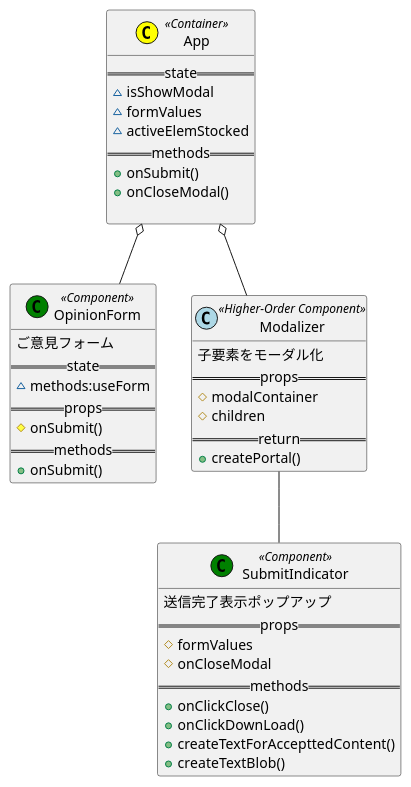
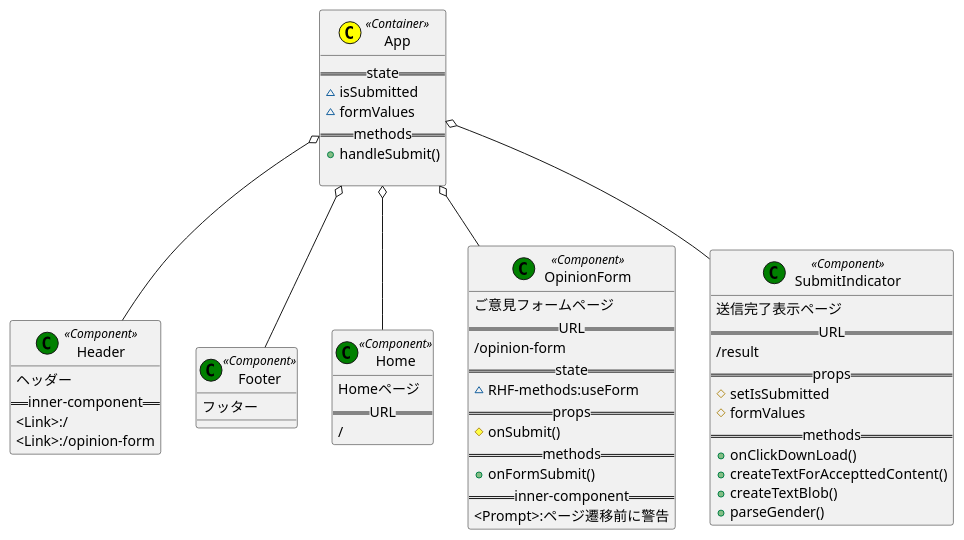
Before and after one commit to dede-20191130/send-contact-form-react-router: the diagram in docs/class/class.pu, drawn with PlantUML. The commit also changed 12 other files, not shown here.

```diff
--- a/docs/class/class.pu
+++ b/docs/class/class.pu
@@ -1,49 +1,63 @@
 @startuml class diagram
 
 class App << (C,yellow) Container>> {
     ==state==
-    ~isShowModal
+    ~isSubmitted
     ~formValues
-    ~activeElemStocked
     ==methods==
-    +onSubmit()
-    +onCloseModal()
+    +handleSubmit()
 
 }
 
+class Header << (C,green) Component>> {
+    ヘッダー
+    ==inner-component==
+    <Link>:/
+    <Link>:/opinion-form
+}
+class Footer << (C,green) Component>> {
+    フッター
+}
+class Home << (C,green) Component>> {
+    Homeページ
+    ==URL==
+    /
+}
+
+
 class OpinionForm << (C,green) Component>> {
-    ご意見フォーム
+    ご意見フォームページ
+    ==URL==
+    /opinion-form
     ==state==
-    ~methods:useForm
+    ~RHF-methods:useForm
     ==props==
     #onSubmit()
     ==methods==
-    +onSubmit()
+    +onFormSubmit()
+    ==inner-component==
+    <Prompt>:ページ遷移前に警告
 }
 
-class Modalizer << (C,lightblue) Higher-Order Component>> {
-    子要素をモーダル化
-    ==props==
-    #modalContainer
-    #children
-    ==return==
-    +createPortal()
-}
 
 class SubmitIndicator << (C,green) Component>> {
-    送信完了表示ポップアップ
+    送信完了表示ページ
+    ==URL==
+    /result
     ==props==
+    #setIsSubmitted
     #formValues
-    #onCloseModal
     ==methods==
-    +onClickClose()
     +onClickDownLoad()
     +createTextForAccepttedContent()
     +createTextBlob()
+    +parseGender()
 }
 
+App o-- Header
+App o-- Footer
+App o-- Home
 App o-- OpinionForm
-App o-- Modalizer
-Modalizer -- SubmitIndicator
+App o-- SubmitIndicator
 
 @enduml
```
